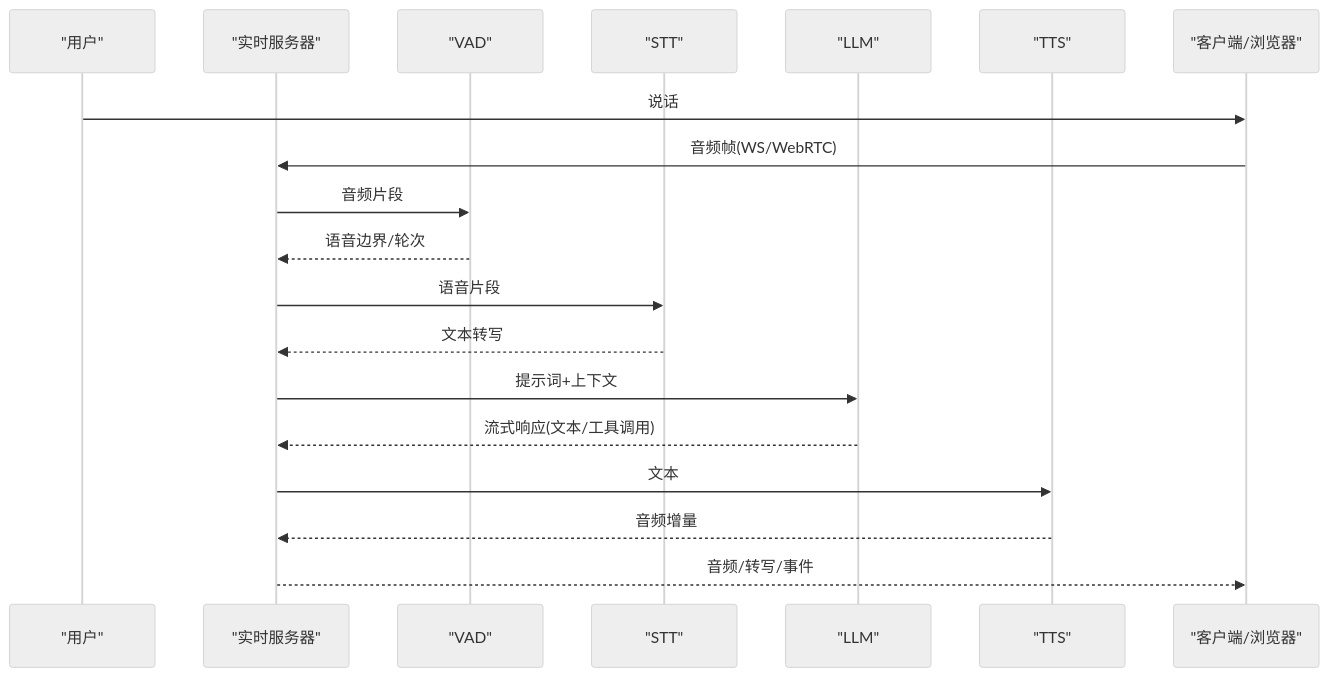
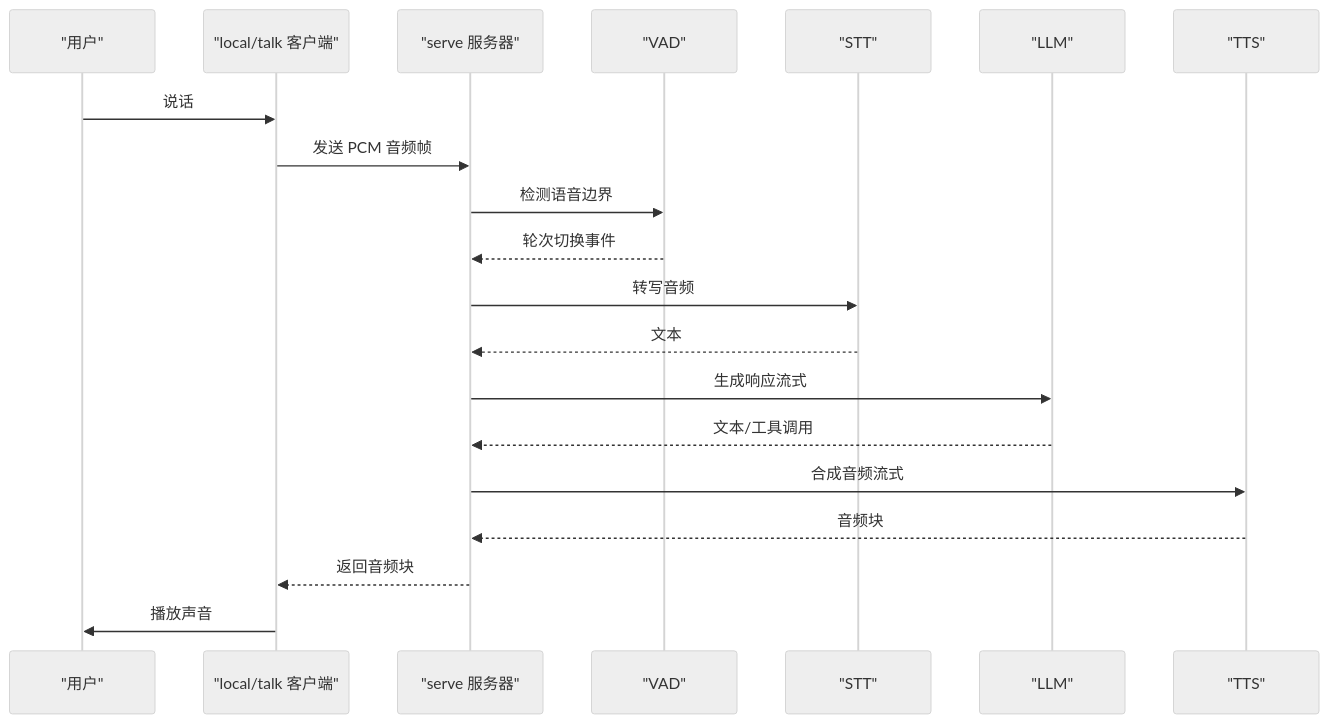
Before and after one commit to joezxh/speech-to-speech: the second of 3 diagrams in .qoder/repowiki/zh/content/快速开始.md, drawn with Mermaid (neutral theme). The commit also changed other lines of this file and 202 other files, not shown here.

````diff
--- a/.qoder/repowiki/zh/content/快速开始.md
+++ b/.qoder/repowiki/zh/content/快速开始.md
@@ -80,21 +81,22 @@
 ```mermaid
 sequenceDiagram
-participant U as "用户"
-participant S as "实时服务器"
-participant V as "VAD"
-participant T as "STT"
-participant L as "LLM"
-participant O as "TTS"
-participant C as "客户端/浏览器"
-U->>C : 说话
-C->>S : 音频帧(WS/WebRTC)
-S->>V : 音频片段
-V-->>S : 语音边界/轮次
-S->>T : 语音片段
-T-->>S : 文本转写
-S->>L : 提示词+上下文
-L-->>S : 流式响应(文本/工具调用)
-S->>O : 文本
-O-->>S : 音频增量
-S-->>C : 音频/转写/事件
+participant User as "用户"
+participant Local as "local/talk 客户端"
+participant Server as "serve 服务器"
+participant VAD as "VAD"
+participant STT as "STT"
+participant LLM as "LLM"
+participant TTS as "TTS"
+User->>Local : 说话
+Local->>Server : 发送 PCM 音频帧
+Server->>VAD : 检测语音边界
+VAD-->>Server : 轮次切换事件
+Server->>STT : 转写音频
+STT-->>Server : 文本
+Server->>LLM : 生成响应流式
+LLM-->>Server : 文本/工具调用
+Server->>TTS : 合成音频流式
+TTS-->>Server : 音频块
+Server-->>Local : 返回音频块
+Local->>User : 播放声音
 ```
````
